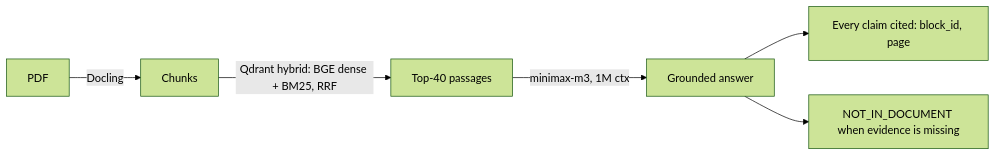
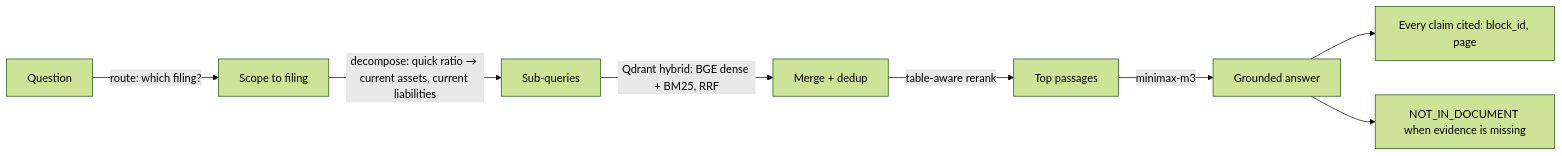
Before and after one commit to Ven-Z8/contextiq: the diagram in README.md, drawn with Mermaid (forest theme). The commit also changed other lines of this file, not shown here.

````diff
--- a/README.md
+++ b/README.md
@@ -27,8 +28,10 @@
 ```mermaid
 flowchart LR
-  PDF[PDF] -->|Docling| C[Chunks]
-  C -->|Qdrant hybrid: BGE dense + BM25, RRF| R[Top-40 passages]
-  R -->|minimax-m3, 1M ctx| A[Grounded answer]
+  Q[Question] -->|route: which filing?| S[Scope to filing]
+  S -->|decompose: quick ratio → current assets, current liabilities| SUB[Sub-queries]
+  SUB -->|Qdrant hybrid: BGE dense + BM25, RRF| M[Merge + dedup]
+  M -->|table-aware rerank| TOP[Top passages]
+  TOP -->|minimax-m3| A[Grounded answer]
   A --> Cite[Every claim cited: block_id, page]
   A --> Gate["NOT_IN_DOCUMENT when evidence is missing"]
 ```
````
